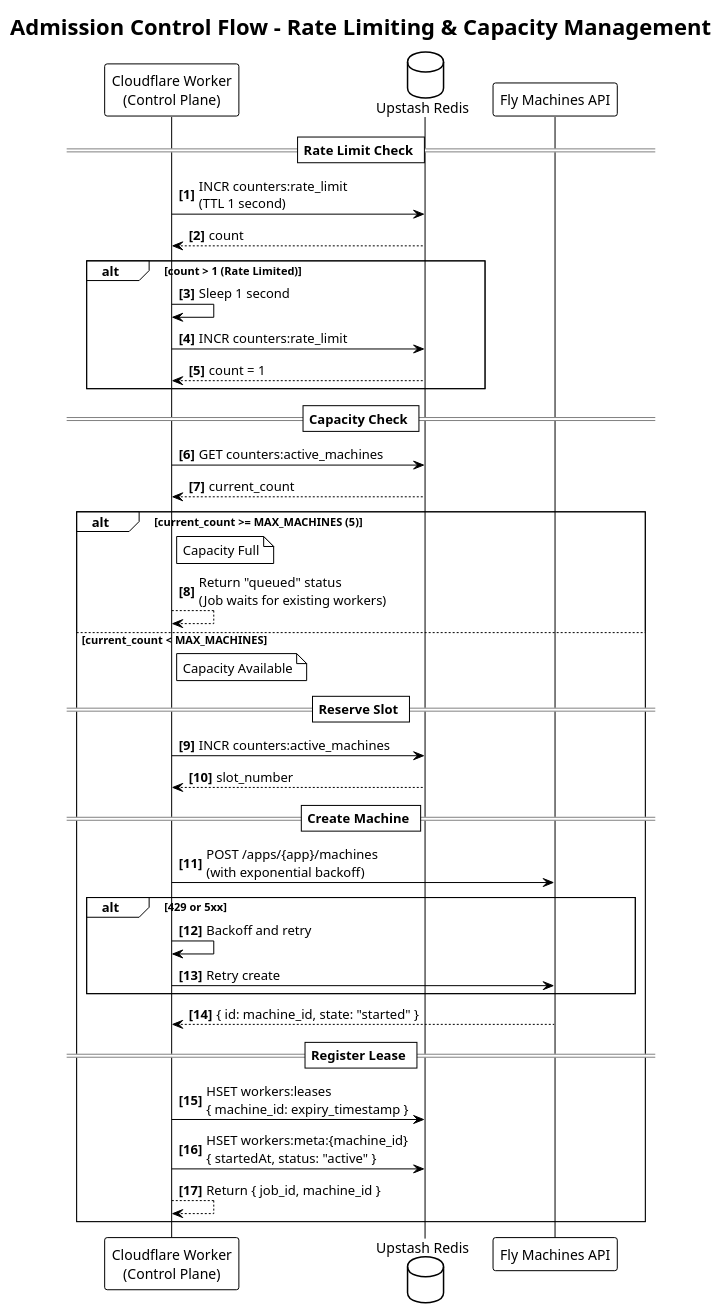
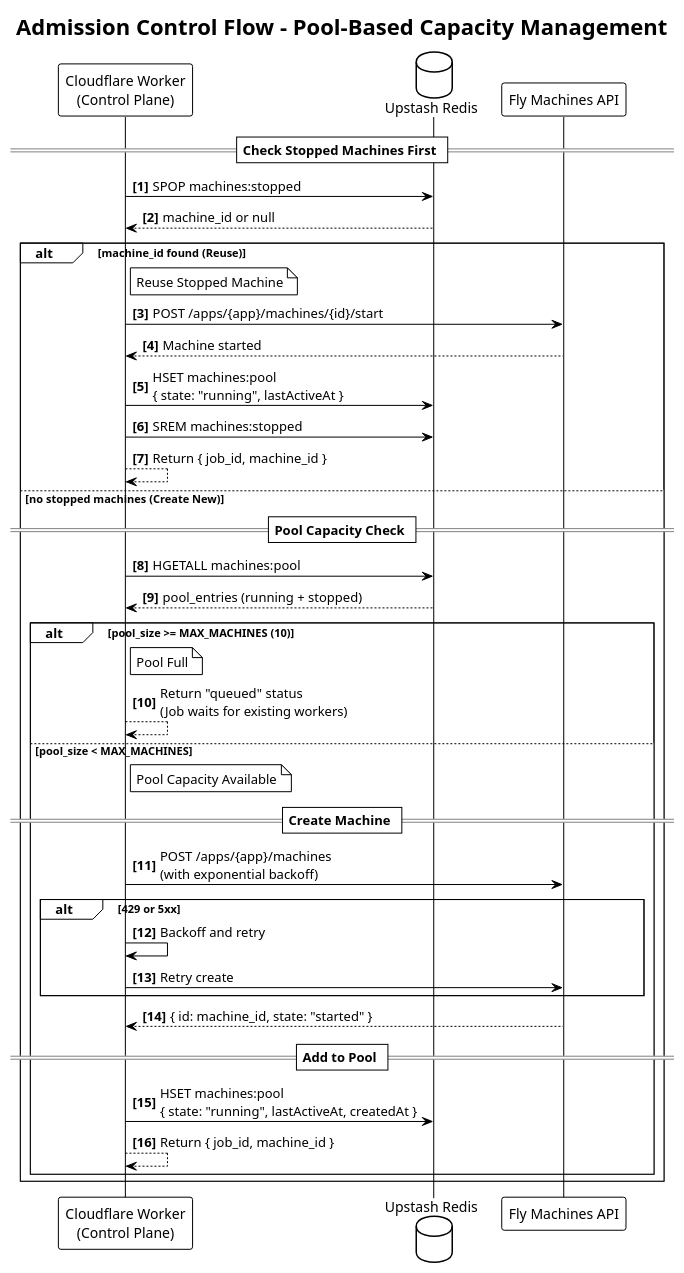
One commit to v0id-user/tcoder changed the diagram in design/architecture/RWOS/Admission Control Flow.plantuml. Above: the diagram before and after it, drawn with PlantUML. The commit also changed 13 other files, not shown here.

Commit message:
refactor: transition to pooled machine management for Fly API, update Redis schema for machine state tracking, and enhance local development documentation for environment setup

```diff
--- a/design/architecture/RWOS/Admission Control Flow.plantuml
+++ b/design/architecture/RWOS/Admission Control Flow.plantuml
@@ -1,54 +1,52 @@
 @startuml RWOS Admission Control Flow
 !theme plain
 skinparam boxPadding 10
 skinparam participantPadding 8
 autonumber "<b>[0]"
 
-title Admission Control Flow - Rate Limiting & Capacity Management
+title Admission Control Flow - Pool-Based Capacity Management
 
 participant CF as "Cloudflare Worker\n(Control Plane)"
 database Redis as "Upstash Redis"
 participant Fly as "Fly Machines API"
 
-== Rate Limit Check ==
-CF -> Redis: INCR counters:rate_limit\n(TTL 1 second)
-Redis --> CF: count
+== Check Stopped Machines First ==
+CF -> Redis: SPOP machines:stopped
+Redis --> CF: machine_id or null
 
-alt count > 1 (Rate Limited)
-    CF -> CF: Sleep 1 second
-    CF -> Redis: INCR counters:rate_limit
-    Redis --> CF: count = 1
-end
+alt machine_id found (Reuse)
+    note right of CF: Reuse Stopped Machine
+    CF -> Fly: POST /apps/{app}/machines/{id}/start
+    Fly --> CF: Machine started
+    CF -> Redis: HSET machines:pool\n{ state: "running", lastActiveAt }
+    CF -> Redis: SREM machines:stopped
+    CF --> CF: Return { job_id, machine_id }
+else no stopped machines (Create New)
+    == Pool Capacity Check ==
+    CF -> Redis: HGETALL machines:pool
+    Redis --> CF: pool_entries (running + stopped)
 
-== Capacity Check ==
-CF -> Redis: GET counters:active_machines
-Redis --> CF: current_count
+    alt pool_size >= MAX_MACHINES (10)
+        note right of CF: Pool Full
+        CF --> CF: Return "queued" status\n(Job waits for existing workers)
+    else pool_size < MAX_MACHINES
+        note right of CF: Pool Capacity Available
 
-alt current_count >= MAX_MACHINES (5)
-    note right of CF: Capacity Full
-    CF --> CF: Return "queued" status\n(Job waits for existing workers)
-else current_count < MAX_MACHINES
-    note right of CF: Capacity Available
+        == Create Machine ==
+        CF -> Fly: POST /apps/{app}/machines\n(with exponential backoff)
 
-    == Reserve Slot ==
-    CF -> Redis: INCR counters:active_machines
-    Redis --> CF: slot_number
+        alt 429 or 5xx
+            CF -> CF: Backoff and retry
+            CF -> Fly: Retry create
+        end
 
-    == Create Machine ==
-    CF -> Fly: POST /apps/{app}/machines\n(with exponential backoff)
+        Fly --> CF: { id: machine_id, state: "started" }
 
-    alt 429 or 5xx
-        CF -> CF: Backoff and retry
-        CF -> Fly: Retry create
+        == Add to Pool ==
+        CF -> Redis: HSET machines:pool\n{ state: "running", lastActiveAt, createdAt }
+
+        CF --> CF: Return { job_id, machine_id }
     end
-
-    Fly --> CF: { id: machine_id, state: "started" }
-
-    == Register Lease ==
-    CF -> Redis: HSET workers:leases\n{ machine_id: expiry_timestamp }
-    CF -> Redis: HSET workers:meta:{machine_id}\n{ startedAt, status: "active" }
-
-    CF --> CF: Return { job_id, machine_id }
 end
 
 @enduml
```
